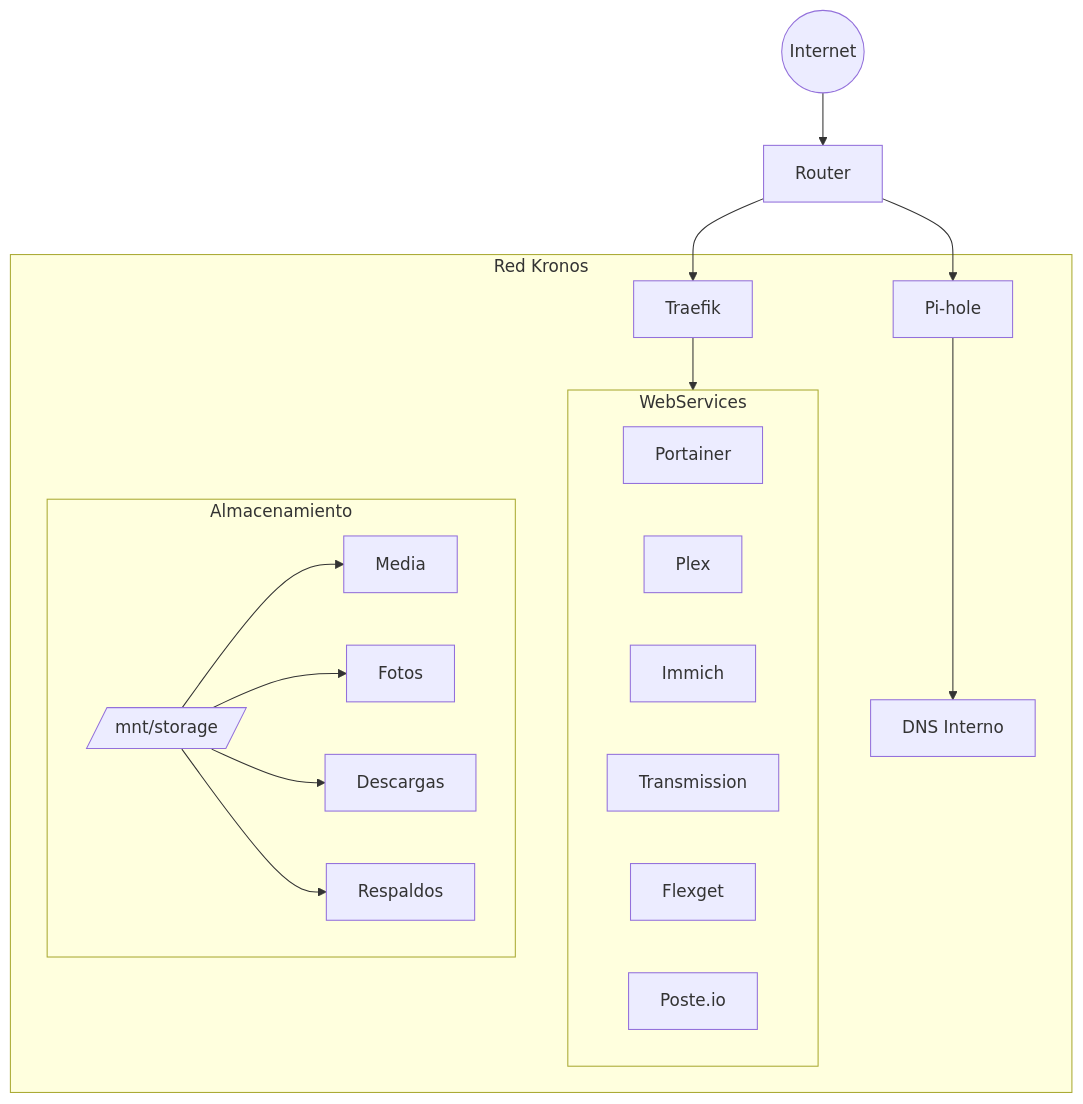
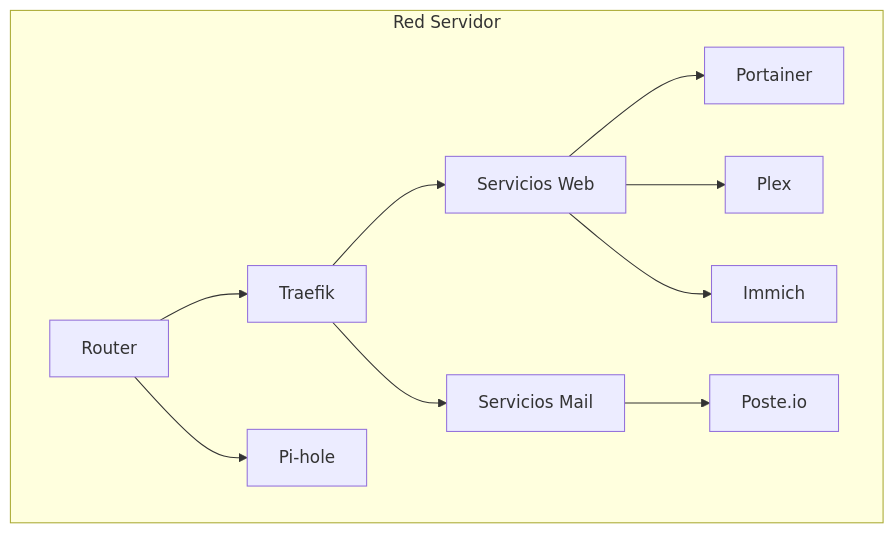
Before and after one commit to Mloco-Lab/HomeLab: the first of 5 diagrams in docs/diagrams.md, drawn with Mermaid. The commit also changed other lines of this file and 44 other files, not shown here.

Commit message:
refactor: cambio de nombre de kronos-server a servidor y uso de dominios de ejemplo

````diff
--- a/docs/diagrams.md
+++ b/docs/diagrams.md
@@ -5,28 +5,16 @@
 ```mermaid
-graph TB
-    Internet((Internet)) --> Router[Router]
-    Router --> Traefik[Traefik]
-    Router --> PiHole[Pi-hole]
-    
-    subgraph Red Kronos
-        Traefik --> WebServices[Servicios Web]
-        PiHole --> DNS[DNS Interno]
+graph TD
+    subgraph Red Servidor
+        Router[Router] --> Traefik[Traefik]
+        Router --> Pihole[Pi-hole]
         
-        subgraph WebServices
-            Portainer[Portainer]
-            Plex[Plex]
-            Immich[Immich]
-            Transmission[Transmission]
-            Flexget[Flexget]
-            Postie[Poste.io]
-        end
+        Traefik --> Web[Servicios Web]
+        Traefik --> Mail[Servicios Mail]
         
-        subgraph Almacenamiento
-            Storage[/mnt/storage/]
-            Storage --> Media[Media]
-            Storage --> Photos[Fotos]
-            Storage --> Downloads[Descargas]
-            Storage --> Backups[Respaldos]
-        end
+        Web --> Portainer[Portainer]
+        Web --> Plex[Plex]
+        Web --> Immich[Immich]
+        
+        Mail --> Postie[Poste.io]
     end
 ```
````
